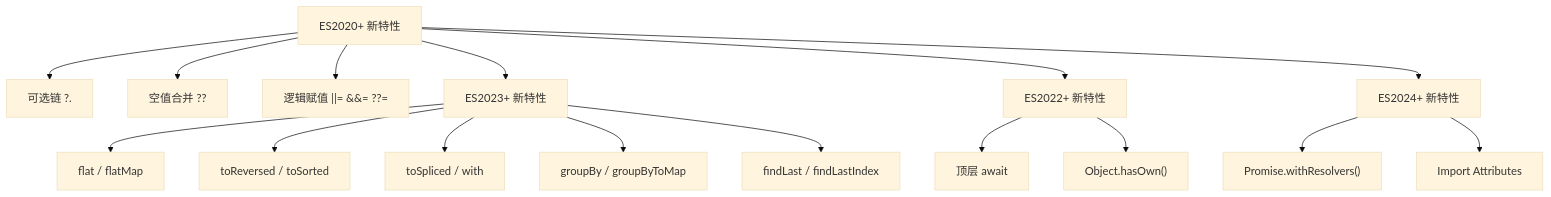
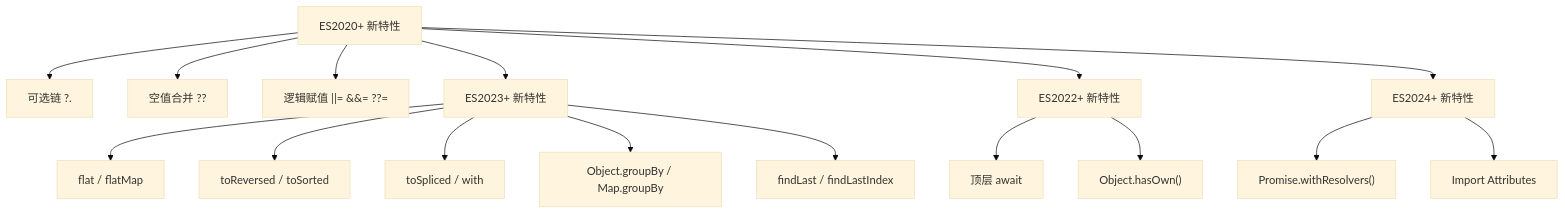
The diagram in content/Js/basic/Chapter-22-ES6-New-Syntax.md (before80/prgms), drawn with Mermaid (base theme) before and after one commit. The commit also changed other lines of this file and 1645 other files, not shown here.

````diff
--- a/content/Js/basic/Chapter-22-ES6-New-Syntax.md
+++ b/content/Js/basic/Chapter-22-ES6-New-Syntax.md
@@ -891,21 +958,21 @@
 ```mermaid
 graph TD
     A["ES2020+ 新特性"] --> B["可选链 ?."]
     A --> C["空值合并 ??"]
     A --> D["逻辑赋值 ||= &&= ??="]
     
     A --> E["ES2023+ 新特性"]
     E --> E1["flat / flatMap"]
     E --> E2["toReversed / toSorted"]
     E --> E3["toSpliced / with"]
-    E --> E4["groupBy / groupByToMap"]
+    E --> E4["Object.groupBy / Map.groupBy"]
     E --> E5["findLast / findLastIndex"]
     
     A --> F["ES2022+ 新特性"]
     F --> F1["顶层 await"]
     F --> F2["Object.hasOwn()"]
     
     A --> G["ES2024+ 新特性"]
     G --> G1["Promise.withResolvers()"]
     G --> G2["Import Attributes"]
 ```
````
